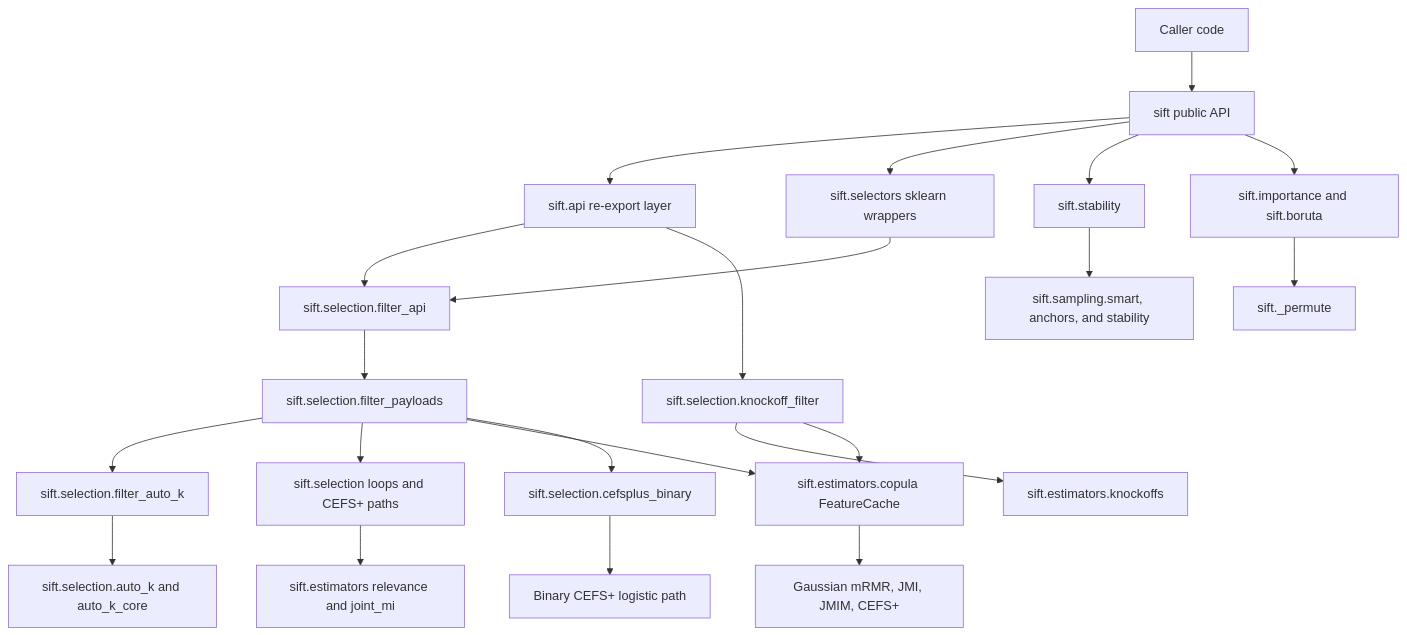
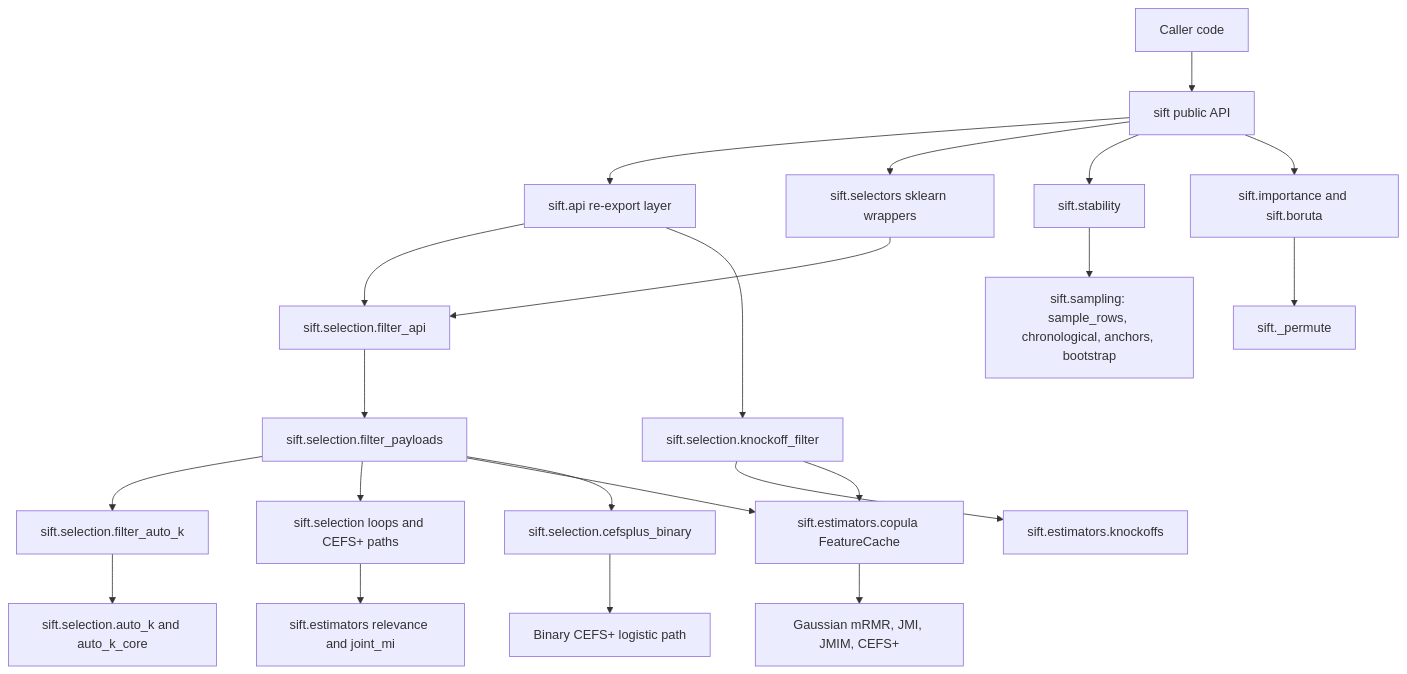
One commit to kmedved/sift changed the diagram in docs/architecture.md. Above: the diagram before and after it, drawn with Mermaid. The commit also changed other lines of this file and 12 other files, not shown here.

````diff
--- a/docs/architecture.md
+++ b/docs/architecture.md
@@ -7,24 +7,24 @@
 ```mermaid
 flowchart TD
     User["Caller code"] --> PublicAPI["sift public API"]
     PublicAPI --> FunctionAPI["sift.api re-export layer"]
     PublicAPI --> Wrappers["sift.selectors sklearn wrappers"]
     PublicAPI --> Stability["sift.stability"]
     PublicAPI --> Importance["sift.importance and sift.boruta"]
     FunctionAPI --> FilterAPI["sift.selection.filter_api"]
     Wrappers --> FilterAPI
     FilterAPI --> Payloads["sift.selection.filter_payloads"]
     Payloads --> AutoK["sift.selection.filter_auto_k"]
     Payloads --> Loops["sift.selection loops and CEFS+ paths"]
     Payloads --> Cache["sift.estimators.copula FeatureCache"]
     FunctionAPI --> KnockoffFilter["sift.selection.knockoff_filter"]
     KnockoffFilter --> KnockoffModel["sift.estimators.knockoffs"]
     KnockoffFilter --> Cache
     Payloads --> Binary["sift.selection.cefsplus_binary"]
     Loops --> Estimators["sift.estimators relevance and joint_mi"]
     AutoK --> AutoKCore["sift.selection.auto_k and auto_k_core"]
-    Stability --> Sampling["sift.sampling.smart, anchors, and stability"]
+    Stability --> Sampling["sift.sampling: sample_rows, chronological, anchors, bootstrap"]
     Importance --> Permute["sift._permute"]
     Cache --> Gaussian["Gaussian mRMR, JMI, JMIM, CEFS+"]
     Binary --> BinaryPath["Binary CEFS+ logistic path"]
 ```
````
